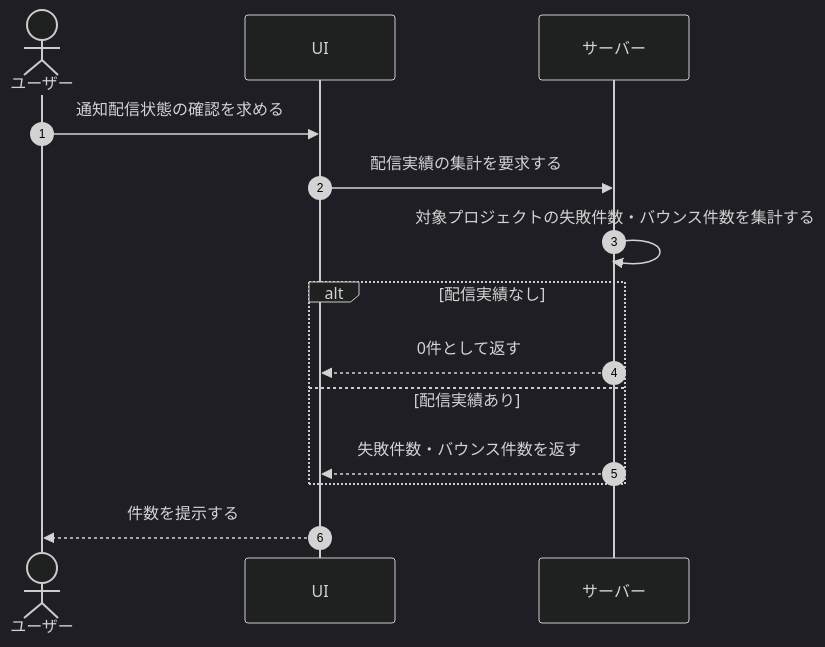
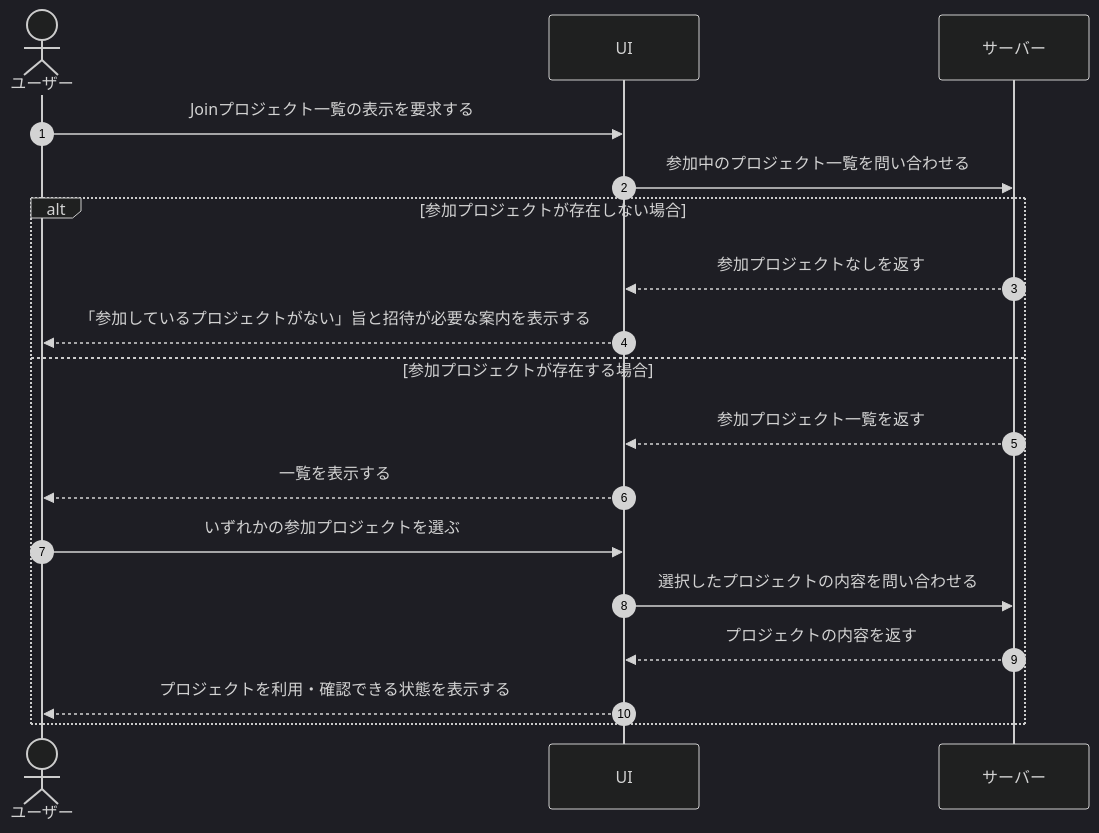
The diagram in 01_requirements/04_business_usecases/UC-082.md (sikakou54/open-faq), drawn with Mermaid (dark theme) before and after one commit. The commit also changed other lines of this file and 395 other files, not shown here.

````diff
--- a/01_requirements/04_business_usecases/UC-082.md
+++ b/01_requirements/04_business_usecases/UC-082.md
@@ -26,16 +29,21 @@
 ```mermaid
 sequenceDiagram
   autonumber
   actor U as ユーザー
   participant UI as UI
   participant S as サーバー
-  U->>UI: 通知配信状態の確認を求める
-  UI->>S: 配信実績の集計を要求する
-  S->>S: 対象プロジェクトの失敗件数・バウンス件数を集計する
-  alt 配信実績なし
-    S-->>UI: 0件として返す
-  else 配信実績あり
-    S-->>UI: 失敗件数・バウンス件数を返す
+
+  U->>UI: Joinプロジェクト一覧の表示を要求する
+  UI->>S: 参加中のプロジェクト一覧を問い合わせる
+  alt 参加プロジェクトが存在しない場合
+    S-->>UI: 参加プロジェクトなしを返す
+    UI-->>U: 「参加しているプロジェクトがない」旨と招待が必要な案内を表示する
+  else 参加プロジェクトが存在する場合
+    S-->>UI: 参加プロジェクト一覧を返す
+    UI-->>U: 一覧を表示する
+    U->>UI: いずれかの参加プロジェクトを選ぶ
+    UI->>S: 選択したプロジェクトの内容を問い合わせる
+    S-->>UI: プロジェクトの内容を返す
+    UI-->>U: プロジェクトを利用・確認できる状態を表示する
   end
-  UI-->>U: 件数を提示する
 ```
````
